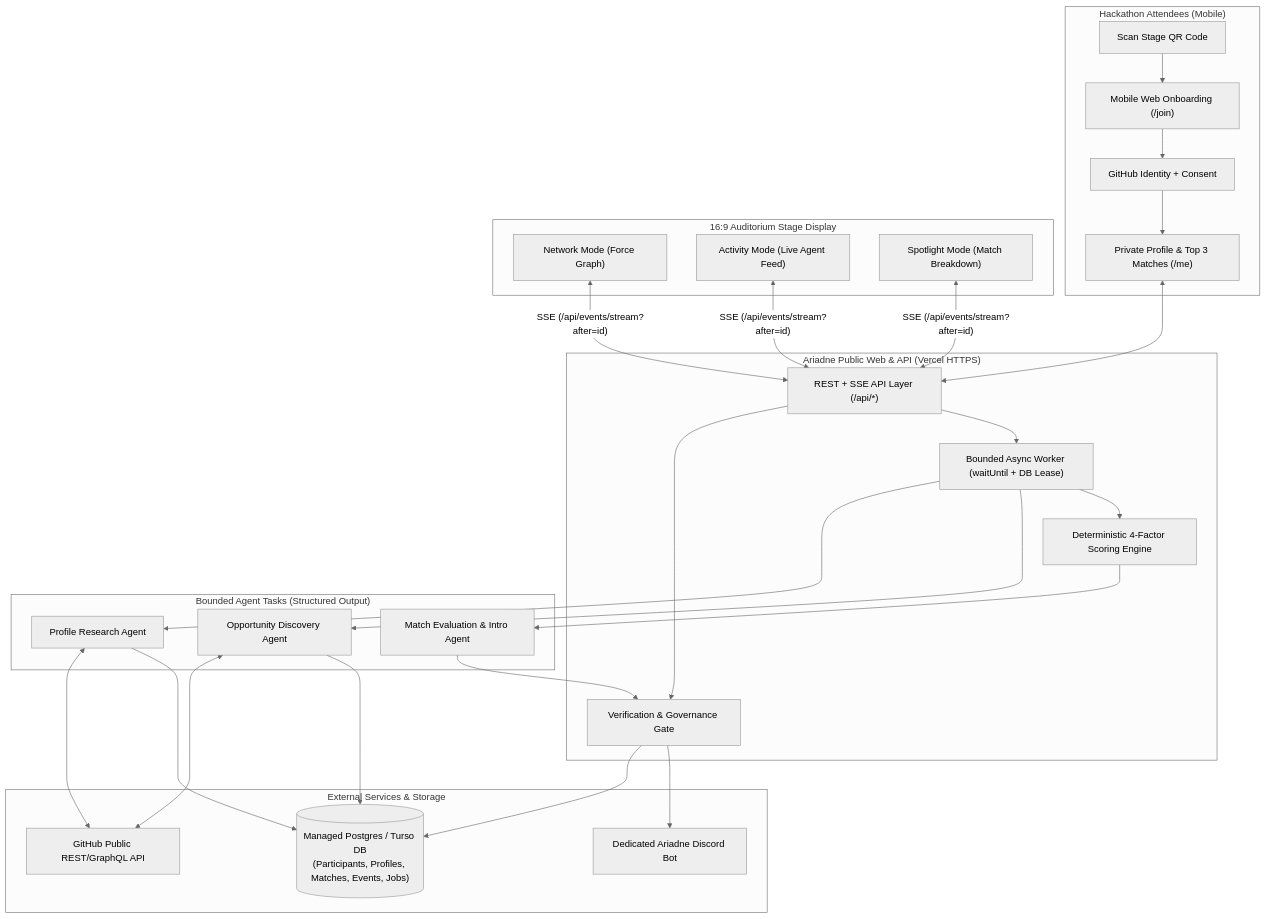
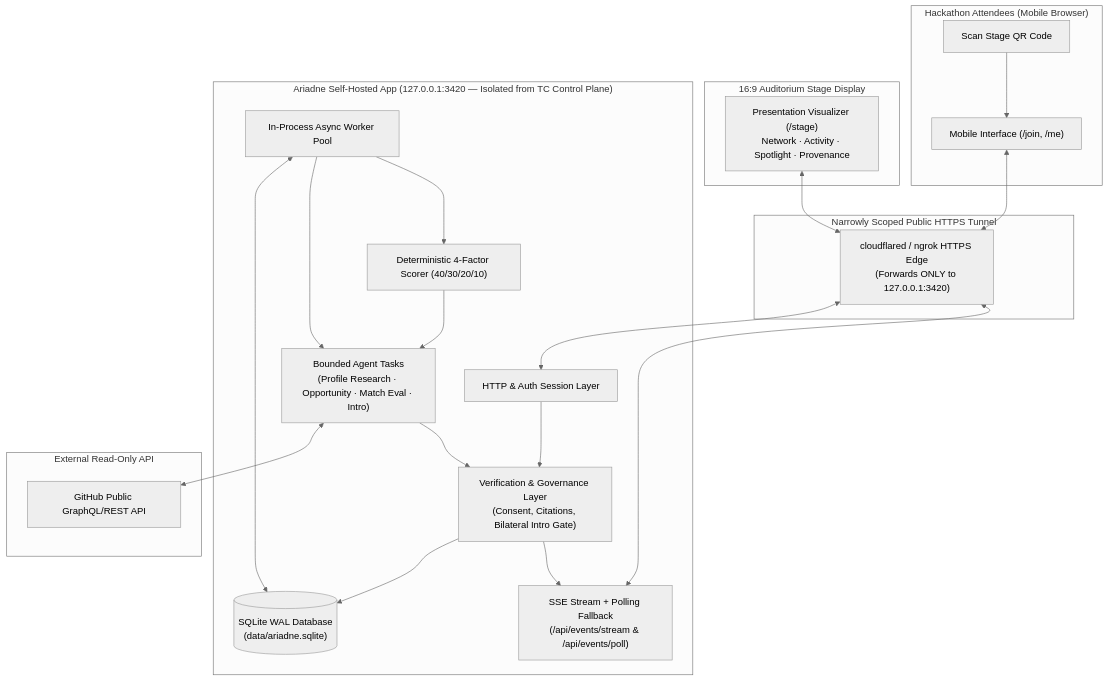
One commit to Jason-Vaughan/Ariadne changed the diagram in ARCHITECTURE.md. Above: the diagram before and after it, drawn with Mermaid (neutral theme). The commit also changed other lines of this file and 61 other files, not shown here.

First line of the commit message:
docs(amendment): apply Web-Only Hackathon MVP amendment and TC-Lane-PM 4-Train Bundled Car playbook

````diff
--- a/ARCHITECTURE.md
+++ b/ARCHITECTURE.md
@@ -28,46 +32,42 @@
 ```mermaid
 flowchart TD
-    subgraph Attendees["Hackathon Attendees (Mobile)"]
-        QR["Scan Stage QR Code"] --> WebOnboard["Mobile Web Onboarding (/join)"]
-        WebOnboard --> OAuth["GitHub Identity + Consent"]
-        OAuth --> MatchUI["Private Profile & Top 3 Matches (/me)"]
+    subgraph PublicAttendees["Hackathon Attendees (Mobile Browser)"]
+        QR["Scan Stage QR Code"] --> MobileUI["Mobile Interface (/join, /me)"]
     end
 
-    subgraph Stage["16:9 Auditorium Stage Display"]
-        VisNet["Network Mode (Force Graph)"]
-        VisAct["Activity Mode (Live Agent Feed)"]
-        VisSpot["Spotlight Mode (Match Breakdown)"]
+    subgraph StageDisplay["16:9 Auditorium Stage Display"]
+        StageUI["Presentation Visualizer (/stage)\nNetwork · Activity · Spotlight · Provenance"]
     end
 
-    subgraph AriadneApp["Ariadne Public Web & API (Vercel HTTPS)"]
-        API["REST + SSE API Layer (/api/*)"]
-        Gov["Verification & Governance Gate"]
-        JobRunner["Bounded Async Worker (waitUntil + DB Lease)"]
-        Scorer["Deterministic 4-Factor Scoring Engine"]
+    subgraph NarrowTunnel["Narrowly Scoped Public HTTPS Tunnel"]
+        CF["cloudflared / ngrok HTTPS Edge\n(Forwards ONLY to 127.0.0.1:3420)"]
     end
 
-    subgraph Agents["Bounded Agent Tasks (Structured Output)"]
-        A1["Profile Research Agent"]
-        A2["Opportunity Discovery Agent"]
-        A3["Match Evaluation & Intro Agent"]
+    subgraph AriadneHost["Ariadne Self-Hosted App (127.0.0.1:3420 — Isolated from TC Control Plane)"]
+        Router["HTTP & Auth Session Layer"]
+        SSE["SSE Stream + Polling Fallback\n(/api/events/stream & /api/events/poll)"]
+        Gov["Verification & Governance Layer\n(Consent, Citations, Bilateral Intro Gate)"]
+        Worker["In-Process Async Worker Pool"]
+        Scorer["Deterministic 4-Factor Scorer (40/30/20/10)"]
+        Agents["Bounded Agent Tasks\n(Profile Research · Opportunity · Match Eval · Intro)"]
+        SQLite[("SQLite WAL Database\n(data/ariadne.sqlite)")]
     end
 
-    subgraph External["External Services & Storage"]
-        DB[("Managed Postgres / Turso DB\n(Participants, Profiles, Matches, Events, Jobs)")]
-        GH["GitHub Public REST/GraphQL API"]
-        Discord["Dedicated Ariadne Discord Bot"]
+    subgraph ExternalAPI["External Read-Only API"]
+        GH["GitHub Public GraphQL/REST API"]
     end
 
-    MatchUI <--> API
-    VisNet & VisAct & VisSpot <-- "SSE (/api/events/stream?after=id)" --> API
-    API --> Gov
-    Gov --> DB
-    API --> JobRunner
-    JobRunner --> A1 & A2
-    A1 & A2 <--> GH
-    A1 & A2 --> DB
-    JobRunner --> Scorer
-    Scorer --> A3
-    A3 --> Gov
-    Gov --> Discord
+    MobileUI <--> CF
+    StageUI <--> CF
+    CF <--> Router
+    CF <--> SSE
+    Router --> Gov
+    Gov --> SQLite
+    Worker <--> SQLite
+    Worker --> Agents
+    Agents <--> GH
+    Worker --> Scorer
+    Scorer --> Agents
+    Agents --> Gov
+    Gov --> SSE
 ```
````
